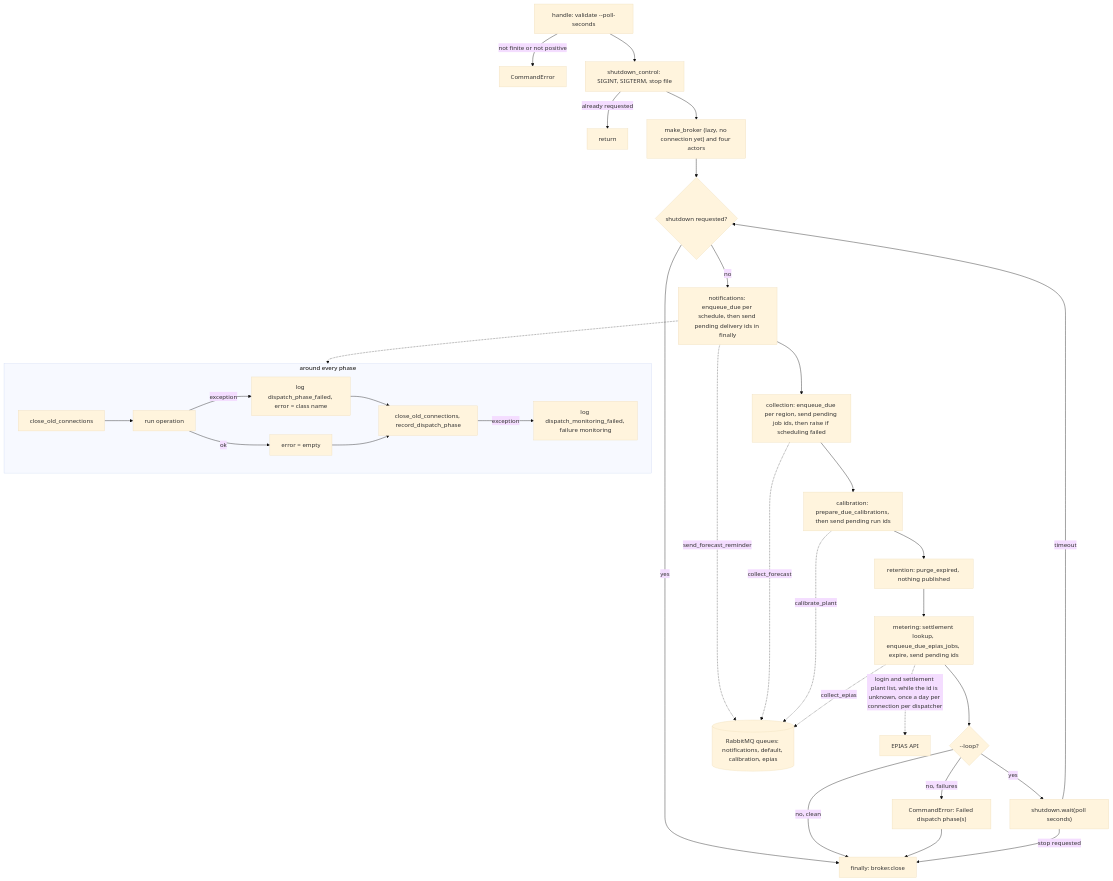
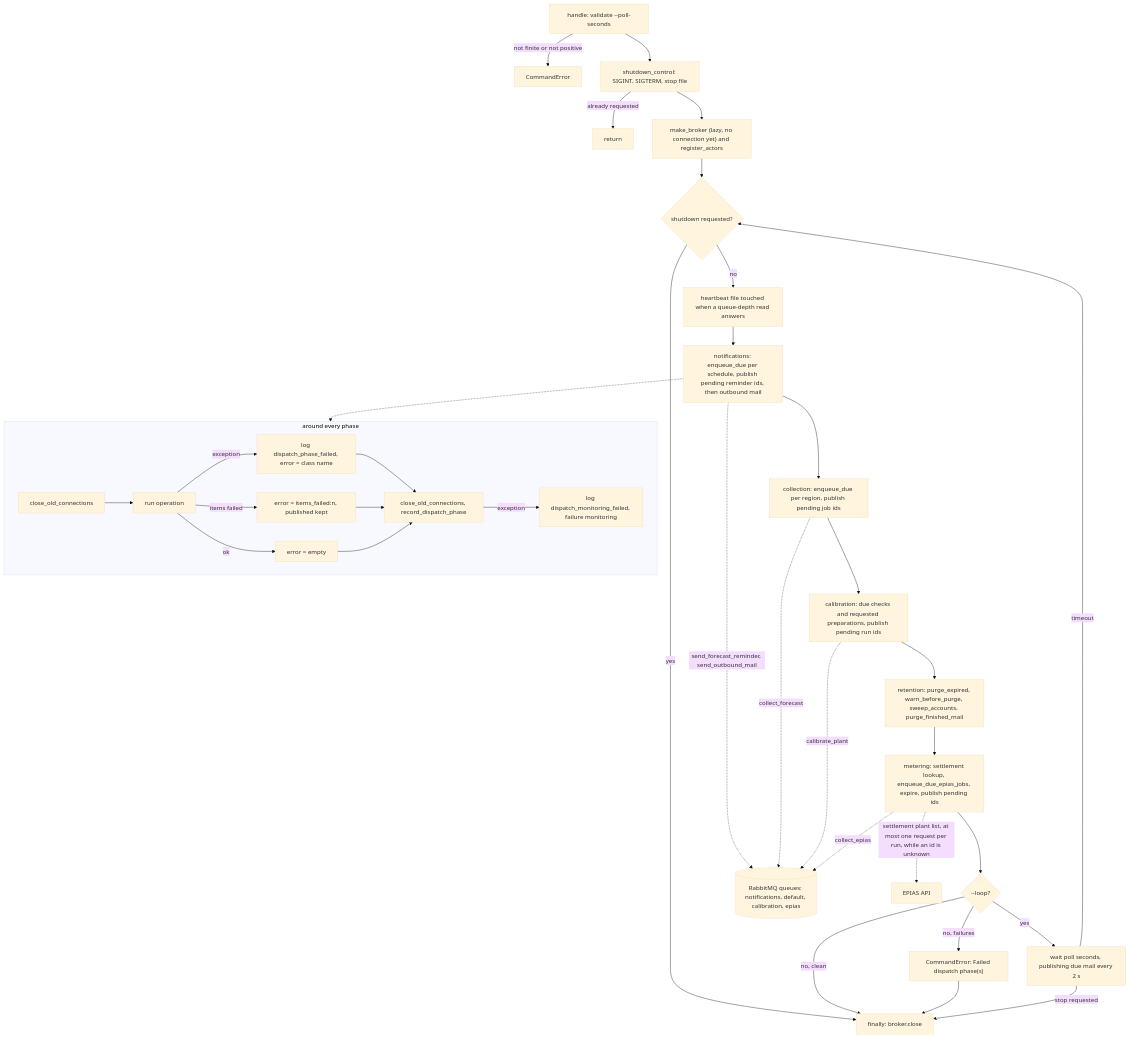
The diagram in docs/flows/dispatcher-cycle.md (erkurtharun/pyracast), drawn with Mermaid (base theme) before and after one commit. The commit also changed other lines of this file and 17 other files, not shown here.

First line of the commit message:
Bring the operations and delivery flow pages in line with the code

````diff
--- a/docs/flows/dispatcher-cycle.md
+++ b/docs/flows/dispatcher-cycle.md
@@ -16,36 +17,39 @@
 ```mermaid
 flowchart TD
     Start["handle: validate --poll-seconds"] -->|"not finite or not positive"| Err["CommandError"]
     Start --> Sig["shutdown_control: SIGINT, SIGTERM, stop file"]
     Sig -->|"already requested"| Exit["return"]
-    Sig --> Broker["make_broker (lazy, no connection yet) and four actors"]
+    Sig --> Broker["make_broker (lazy, no connection yet) and register_actors"]
     Broker --> Loop{"shutdown requested?"}
     Loop -->|yes| Close["finally: broker.close"]
-    Loop -->|no| N["notifications: enqueue_due per schedule, then send pending delivery ids in finally"]
-    N --> C["collection: enqueue_due per region, send pending job ids, then raise if scheduling failed"]
-    C --> K["calibration: prepare_due_calibrations, then send pending run ids"]
-    K --> R["retention: purge_expired, nothing published"]
-    R --> M["metering: settlement lookup, enqueue_due_epias_jobs, expire, send pending ids"]
+    Loop -->|no| HB["heartbeat file touched when a queue-depth read answers"]
+    HB --> N["notifications: enqueue_due per schedule, publish pending reminder ids, then outbound mail"]
+    N --> C["collection: enqueue_due per region, publish pending job ids"]
+    C --> K["calibration: due checks and requested preparations, publish pending run ids"]
+    K --> R["retention: purge_expired, warn_before_purge, sweep_accounts, purge_finished_mail"]
+    R --> M["metering: settlement lookup, enqueue_due_epias_jobs, expire, publish pending ids"]
     M --> Done{"--loop?"}
     Done -->|"no, failures"| Fail["CommandError: Failed dispatch phase(s)"]
     Done -->|"no, clean"| Close
     Fail --> Close
-    Done -->|yes| Wait["shutdown.wait(poll seconds)"]
+    Done -->|yes| Wait["wait poll seconds, publishing due mail every 2 s"]
     Wait -->|timeout| Loop
     Wait -->|"stop requested"| Close
     subgraph Each["around every phase"]
         P1["close_old_connections"] --> P2["run operation"]
         P2 -->|exception| P3["log dispatch_phase_failed, error = class name"]
+        P2 -->|"items failed"| P7["error = items_failed:n, published kept"]
         P2 -->|ok| P4["error = empty"]
         P3 --> P5["close_old_connections, record_dispatch_phase"]
+        P7 --> P5
         P4 --> P5
         P5 -->|exception| P6["log dispatch_monitoring_failed, failure monitoring"]
     end
     N -.-> Each
     Q[("RabbitMQ queues: notifications, default, calibration, epias")]
-    N -.->|send_forecast_reminder| Q
+    N -.->|"send_forecast_reminder, send_outbound_mail"| Q
     C -.->|collect_forecast| Q
     K -.->|calibrate_plant| Q
     M -.->|collect_epias| Q
-    M -.->|"login and settlement plant list, while the id is unknown, once a day per connection per dispatcher"| E["EPIAS API"]
+    M -.->|"settlement plant list, at most one request per run, while an id is unknown"| E["EPIAS API"]
 ```
````
